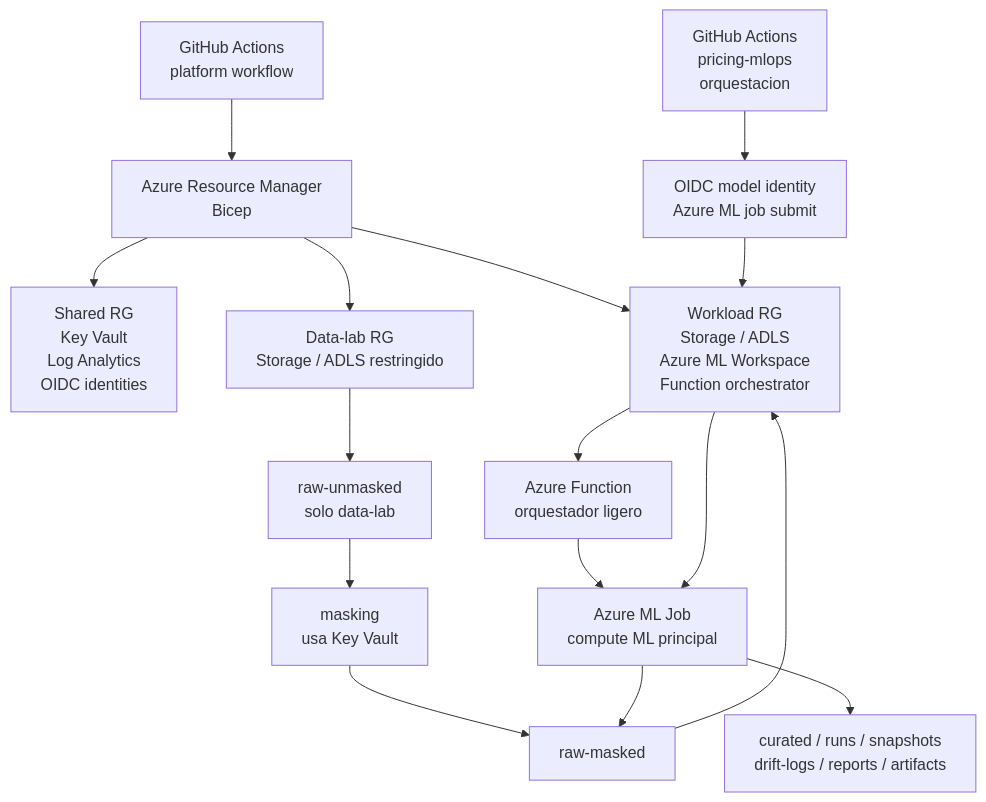
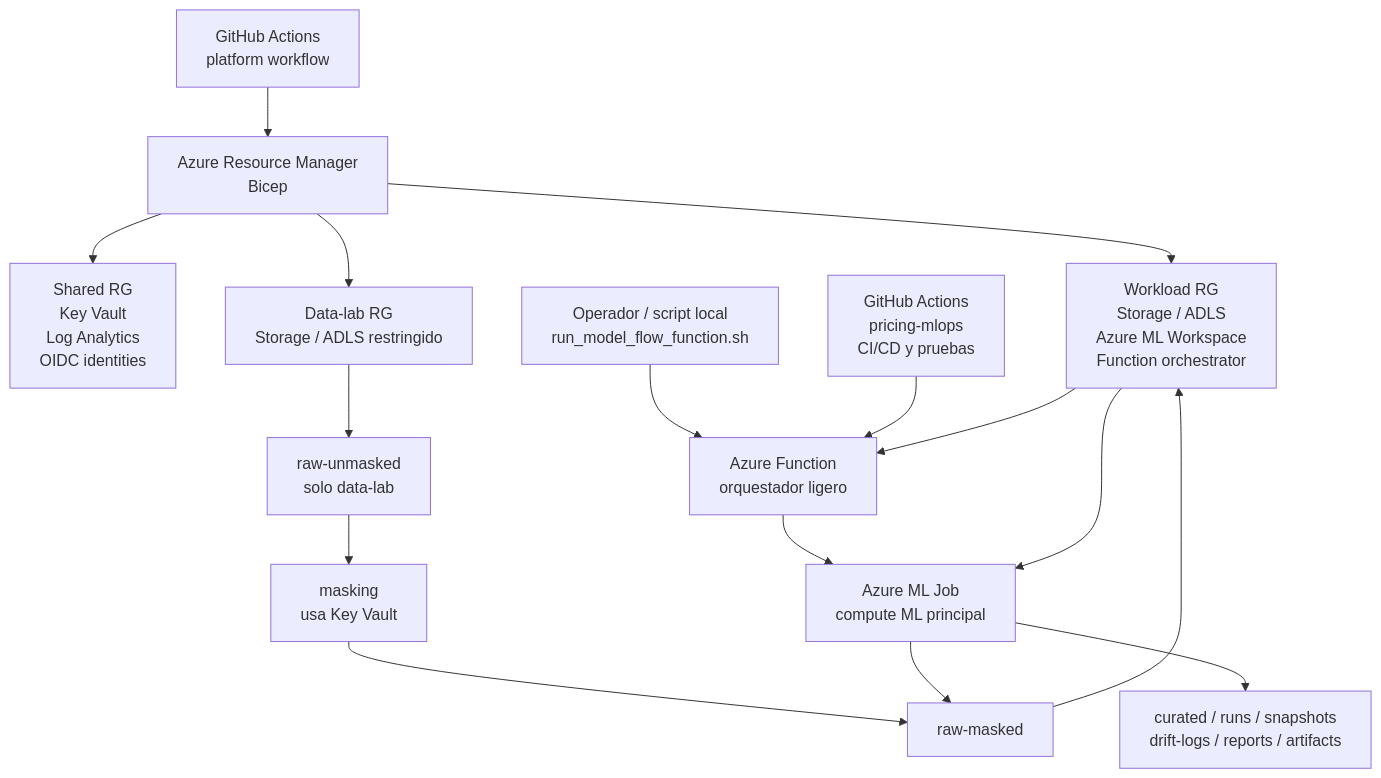
The diagram in README.md (tecmx-team46-pricing/pricing-mlops-platform), drawn with Mermaid before and after one commit. The commit also changed other lines of this file and 4 other files, not shown here.

````diff
--- a/README.md
+++ b/README.md
@@ -17,20 +17,20 @@
 ```mermaid
 flowchart TD
   GHAPlatform["GitHub Actions<br/>platform workflow"] --> ARM["Azure Resource Manager<br/>Bicep"]
   ARM --> Shared["Shared RG<br/>Key Vault<br/>Log Analytics<br/>OIDC identities"]
   ARM --> Workload["Workload RG<br/>Storage / ADLS<br/>Azure ML Workspace<br/>Function orchestrator"]
   ARM --> DataLab["Data-lab RG<br/>Storage / ADLS restringido"]
 
   DataLab --> RawUnmasked["raw-unmasked<br/>solo data-lab"]
   RawUnmasked --> Masking["masking<br/>usa Key Vault"]
   Masking --> RawMasked["raw-masked"]
   RawMasked --> Workload
 
-  GHAModel["GitHub Actions<br/>pricing-mlops<br/>orquestacion"] --> ModelIdentity["OIDC model identity<br/>Azure ML job submit"]
-  ModelIdentity --> Workload
+  Operator["Operador / script local<br/>run_model_flow_function.sh"] --> Function
+  GHAModel["GitHub Actions<br/>pricing-mlops<br/>CI/CD y pruebas"] --> Function
   Function["Azure Function<br/>orquestador ligero"] --> AML["Azure ML Job<br/>compute ML principal"]
   Workload --> Function
   Workload --> AML
   AML --> RawMasked
   AML --> Runs["curated / runs / snapshots<br/>drift-logs / reports / artifacts"]
 ```
````
